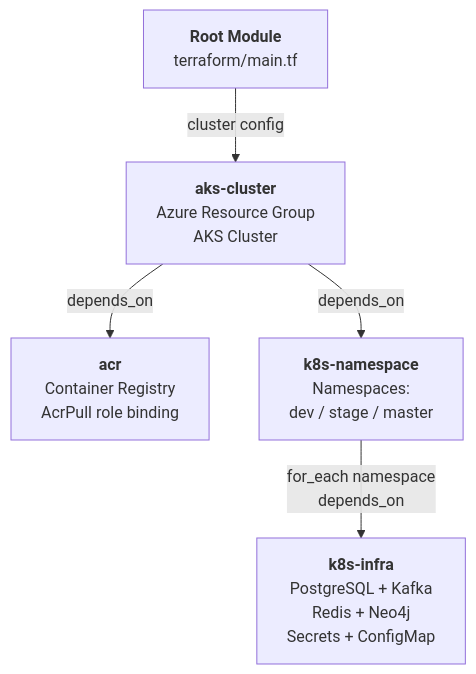
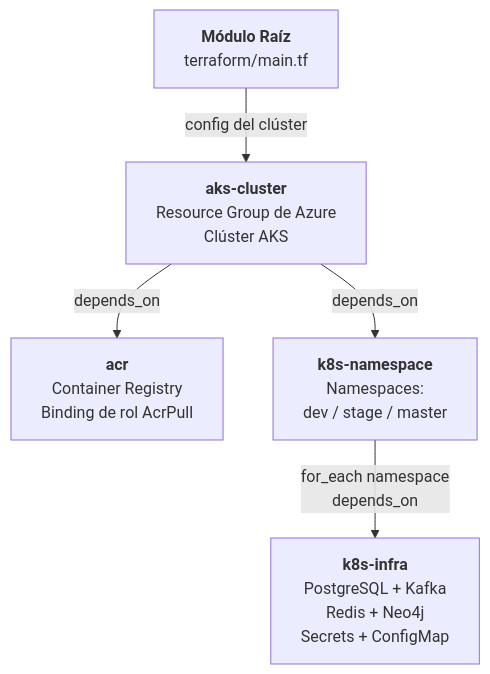
The first of 4 diagrams in docs/diagrams/terraform-infrastructure.md (Electromayonaise/Circle-Guard-IngSoV), drawn with Mermaid before and after one commit. The commit also changed other lines of this file, not shown here.

Commit message:
docs(terraform): add infrastructure architecture diagram with Mermaid

````diff
--- a/docs/diagrams/terraform-infrastructure.md
+++ b/docs/diagrams/terraform-infrastructure.md
@@ -29,9 +29,9 @@
 ```mermaid
 graph TD
-    ROOT["<b>Root Module</b><br/>terraform/main.tf"]
+    ROOT["<b>Módulo Raíz</b><br/>terraform/main.tf"]
 
-    ROOT -->|"cluster config"| AKS["<b>aks-cluster</b><br/>Azure Resource Group<br/>AKS Cluster"]
-    AKS -->|"depends_on"| ACR["<b>acr</b><br/>Container Registry<br/>AcrPull role binding"]
+    ROOT -->|"config del clúster"| AKS["<b>aks-cluster</b><br/>Resource Group de Azure<br/>Clúster AKS"]
+    AKS -->|"depends_on"| ACR["<b>acr</b><br/>Container Registry<br/>Binding de rol AcrPull"]
     AKS -->|"depends_on"| NS["<b>k8s-namespace</b><br/>Namespaces:<br/>dev / stage / master"]
     NS -->|"for_each namespace<br/>depends_on"| INFRA["<b>k8s-infra</b><br/>PostgreSQL + Kafka<br/>Redis + Neo4j<br/>Secrets + ConfigMap"]
 ```
````
